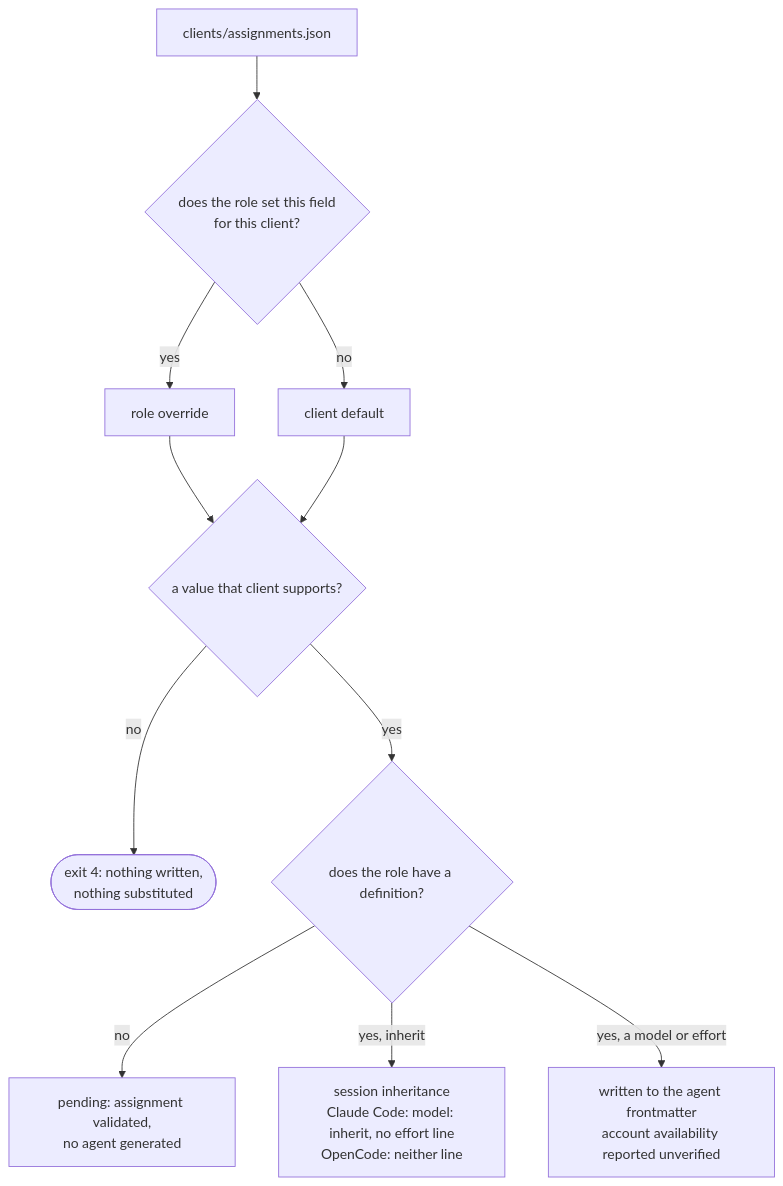
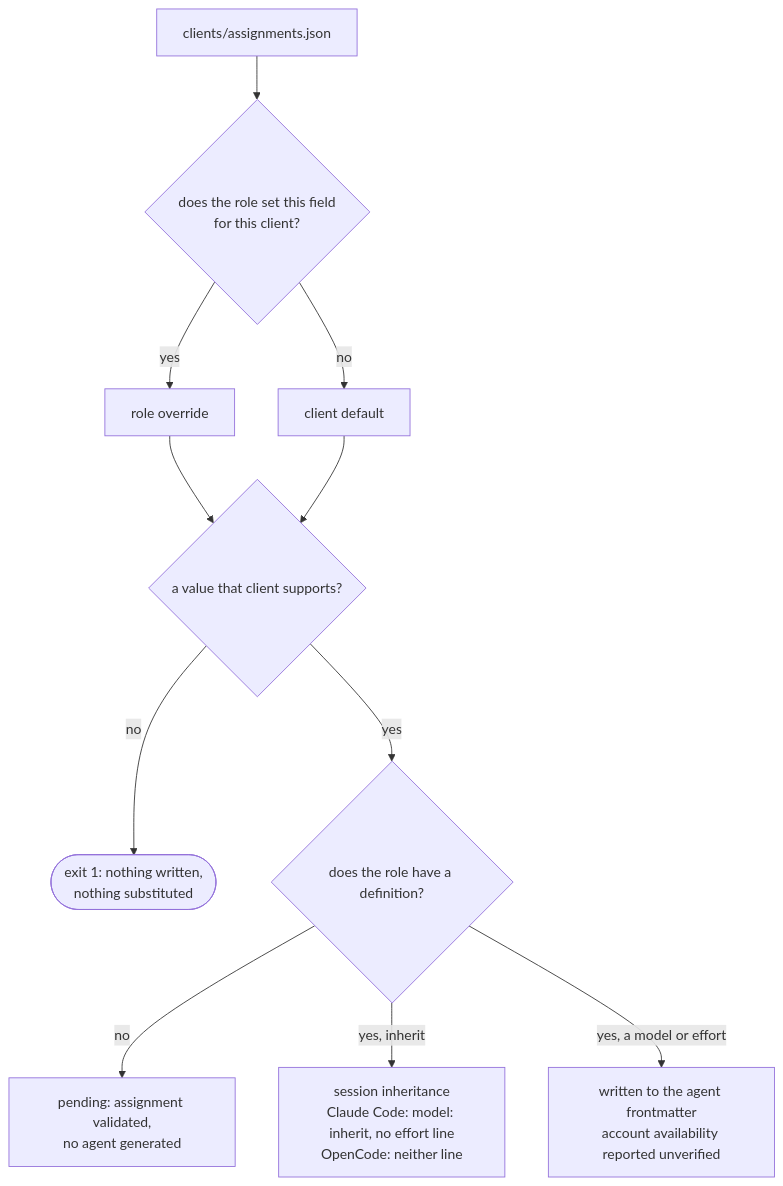
Before and after one commit to jvillegasd/harness: the third of 4 diagrams in README.md, drawn with Mermaid. The commit also changed other lines of this file and 20 other files, not shown here.

````diff
--- a/README.md
+++ b/README.md
@@ -175,13 +179,13 @@
 ```mermaid
 flowchart TD
     config["clients/assignments.json"] --> role{"does the role set this field<br>for this client?"}
     role -->|yes| override["role override"]
     role -->|no| default["client default"]
     override --> supported{"a value that client supports?"}
     default --> supported
-    supported -->|no| refused(["exit 4: nothing written,<br>nothing substituted"])
+    supported -->|no| refused(["exit 1: nothing written,<br>nothing substituted"])
     supported -->|yes| defined{"does the role have a definition?"}
     defined -->|no| pending["pending: assignment validated,<br>no agent generated"]
     defined -->|yes, inherit| session["session inheritance<br>Claude Code: model: inherit, no effort line<br>OpenCode: neither line"]
     defined -->|yes, a model or effort| written["written to the agent frontmatter<br>account availability reported unverified"]
 ```
````
